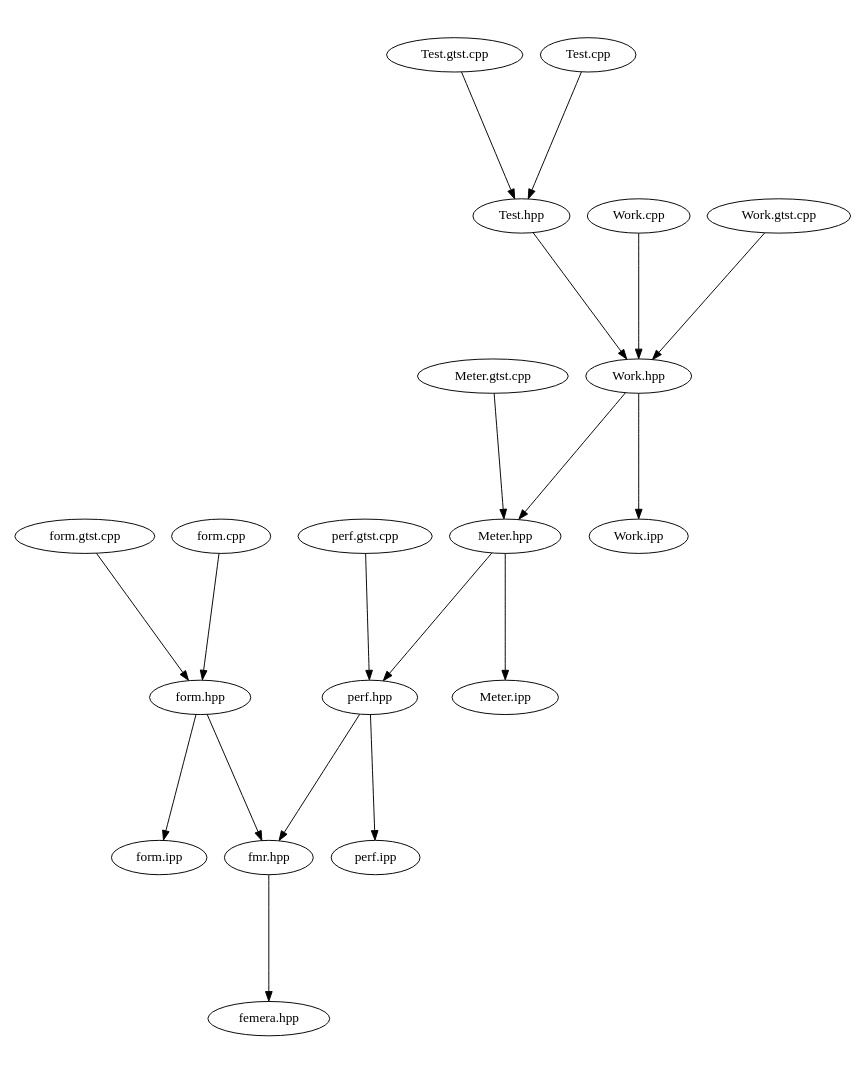
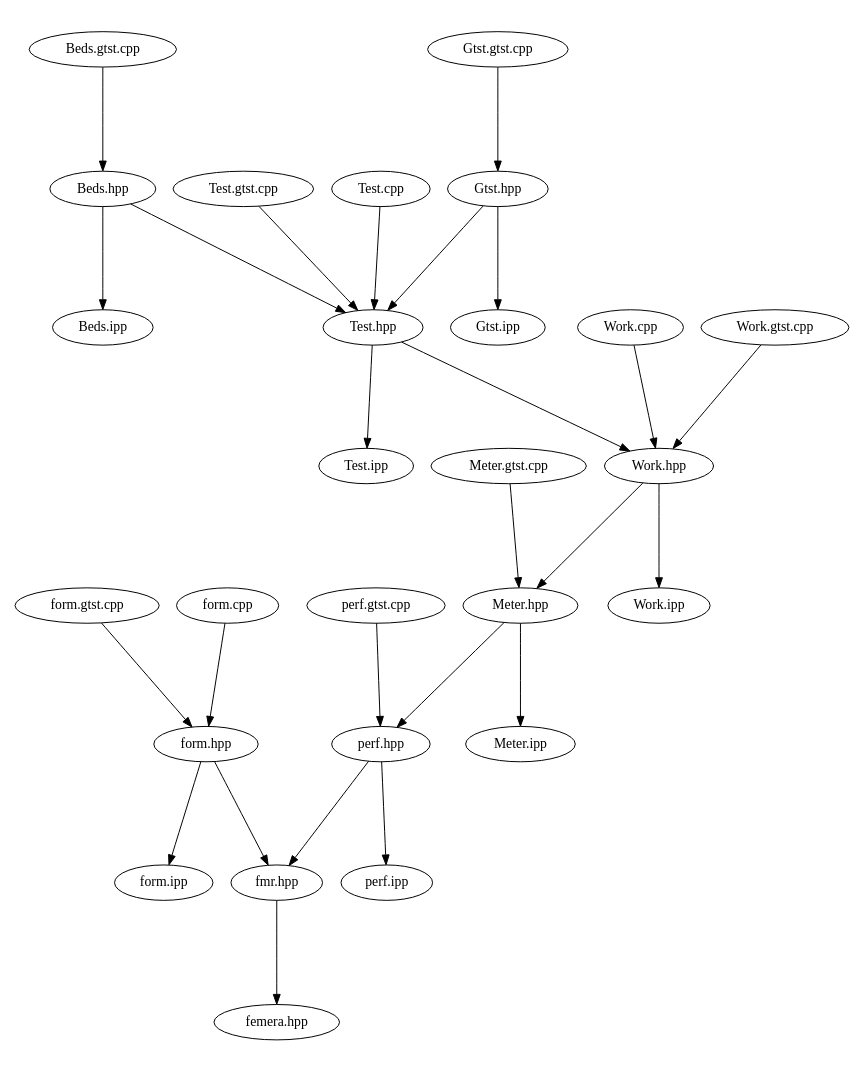
Before and after one commit to waggyz/femera-mini-app: the diagram in src/docs/src.dot, drawn with Graphviz. The commit also changed 7 other files, not shown here.

```diff
--- a/src/docs/src.dot
+++ b/src/docs/src.dot
@@ -1,26 +1,33 @@
 digraph "source tree" {
     overlap=scale;
     size="8,10";
     ratio="fill";
     fontsize="16";
     fontname="Helvetica";
 	clusterrank="local";
 	"Meter.hpp" -> "perf.hpp"
 	"perf.hpp" -> "fmr.hpp"
+	"Beds.gtst.cpp" -> "Beds.hpp"
+	"Gtst.hpp" -> "Gtst.ipp"
 	"Test.gtst.cpp" -> "Test.hpp"
 	"form.gtst.cpp" -> "form.hpp"
 	"Work.hpp" -> "Work.ipp"
 	"Test.hpp" -> "Work.hpp"
 	"Meter.gtst.cpp" -> "Meter.hpp"
 	"form.cpp" -> "form.hpp"
+	"Beds.hpp" -> "Test.hpp"
+	"Gtst.gtst.cpp" -> "Gtst.hpp"
 	"fmr.hpp" -> "femera.hpp"
 	"perf.hpp" -> "perf.ipp"
 	"form.hpp" -> "fmr.hpp"
 	"form.hpp" -> "form.ipp"
+	"Gtst.hpp" -> "Test.hpp"
+	"Beds.hpp" -> "Beds.ipp"
 	"perf.gtst.cpp" -> "perf.hpp"
 	"Work.cpp" -> "Work.hpp"
 	"Work.hpp" -> "Meter.hpp"
 	"Work.gtst.cpp" -> "Work.hpp"
 	"Test.cpp" -> "Test.hpp"
+	"Test.hpp" -> "Test.ipp"
 	"Meter.hpp" -> "Meter.ipp"
 }
```
